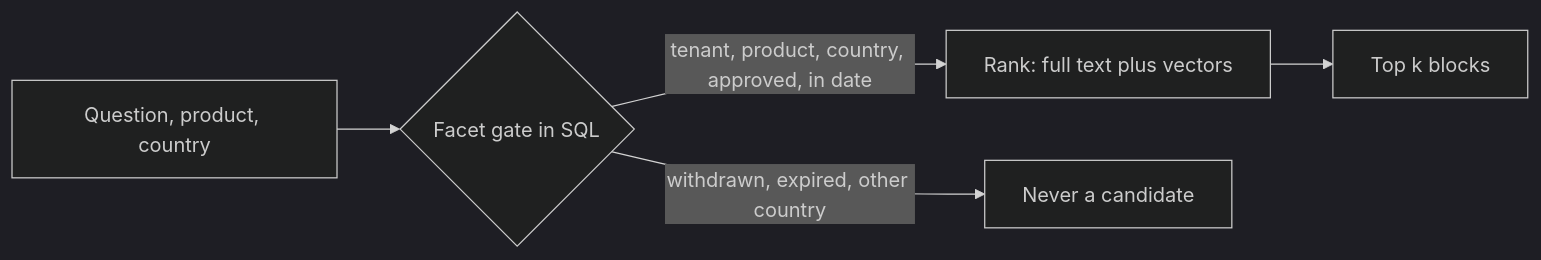
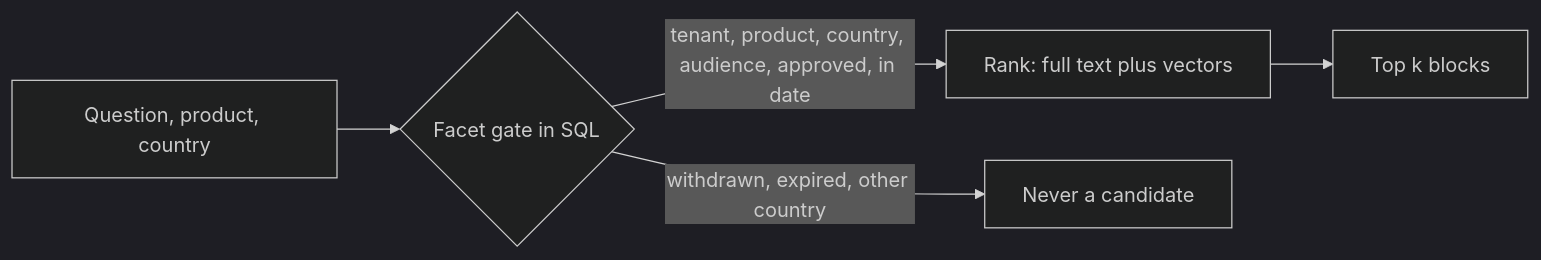
One commit to learnwithparam/enterprise-agentic-architecture changed the diagram in labs/retrieve-behind-a-facet-gate/README.md. Above: the diagram before and after it, drawn with Mermaid (dark theme). The commit also changed other lines of this file and 65 other files, not shown here.

````diff
--- a/labs/retrieve-behind-a-facet-gate/README.md
+++ b/labs/retrieve-behind-a-facet-gate/README.md
@@ -18,7 +19,7 @@
 ```mermaid
 flowchart LR
     Q[Question, product, country] --> G{Facet gate in SQL}
-    G -->|tenant, product, country, approved, in date| R[Rank: full text plus vectors]
+    G -->|tenant, product, country, audience, approved, in date| R[Rank: full text plus vectors]
     G -->|withdrawn, expired, other country| X[Never a candidate]
     R --> T[Top k blocks]
 ```
````
